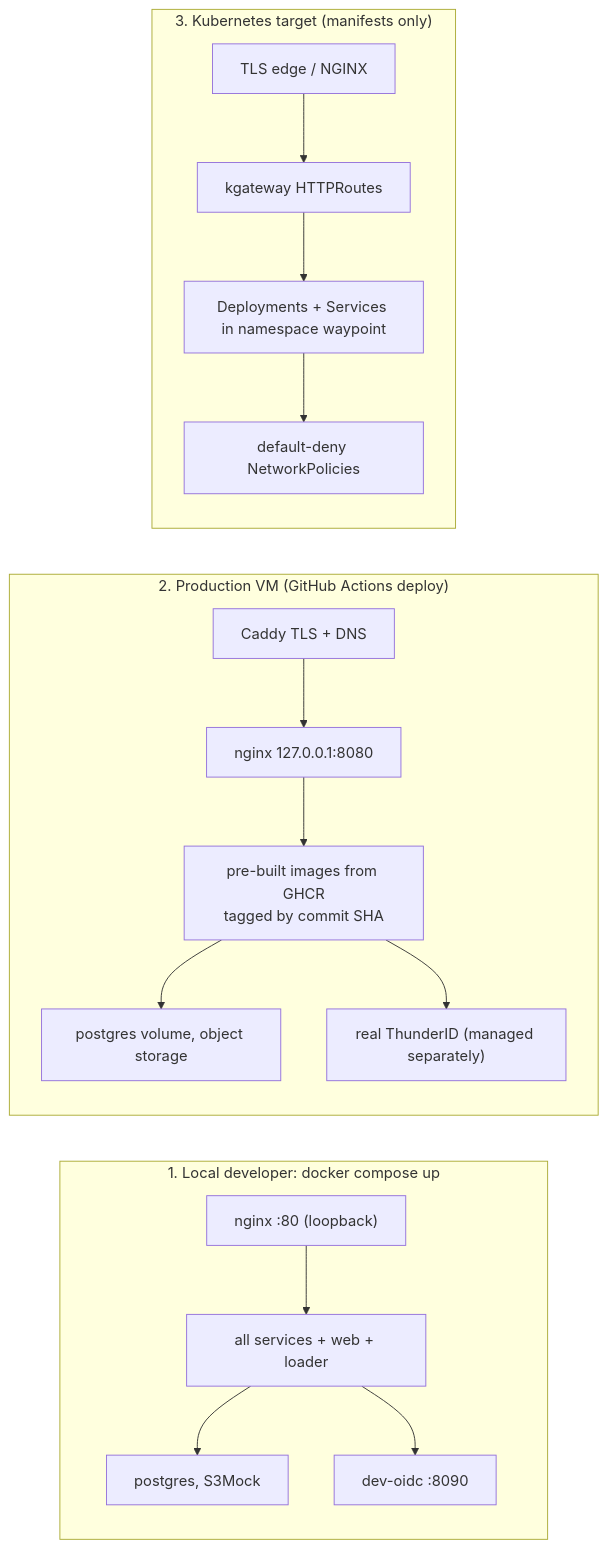
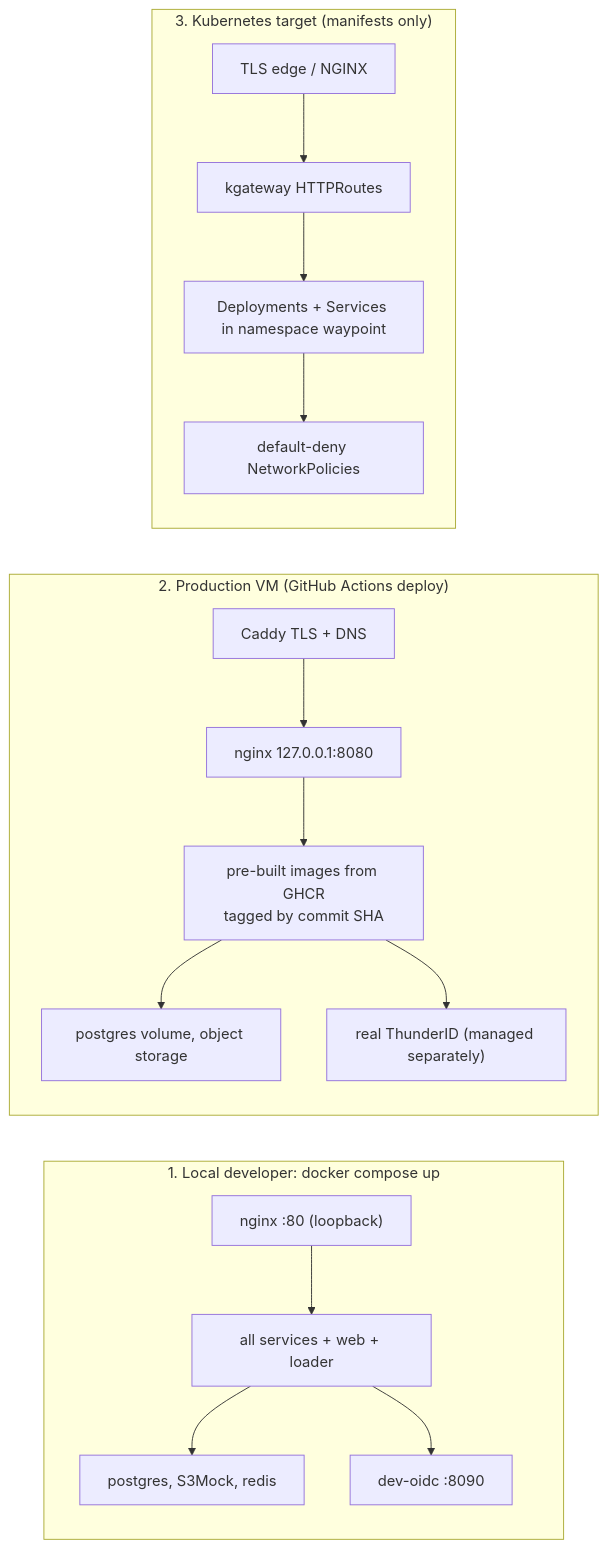
One commit to HasinduNimesh/ClapTac-tech-triathlon changed the seventh of 43 diagrams in docs/WAYPOINT_COMPLETE_DOCUMENTATION.md. Above: the diagram before and after it, drawn with Mermaid. The commit also changed other lines of this file and 25 other files, not shown here.

````diff
--- a/docs/WAYPOINT_COMPLETE_DOCUMENTATION.md
+++ b/docs/WAYPOINT_COMPLETE_DOCUMENTATION.md
@@ -389,19 +390,19 @@
 ```mermaid
 flowchart LR
     subgraph L["1. Local developer: docker compose up"]
         L1["nginx :80 (loopback)"] --> L2["all services + web + loader"]
-        L2 --> L3["postgres, S3Mock"]
+        L2 --> L3["postgres, S3Mock, redis"]
         L2 --> L4["dev-oidc :8090"]
     end
     subgraph P["2. Production VM (GitHub Actions deploy)"]
         P0["Caddy TLS + DNS"] --> P1["nginx 127.0.0.1:8080"]
         P1 --> P2["pre-built images from GHCR<br/>tagged by commit SHA"]
         P2 --> P3["postgres volume, object storage"]
         P2 --> P4["real ThunderID (managed separately)"]
     end
     subgraph K["3. Kubernetes target (manifests only)"]
         K0["TLS edge / NGINX"] --> K1["kgateway HTTPRoutes"]
         K1 --> K2["Deployments + Services in namespace waypoint"]
         K2 --> K3["default-deny NetworkPolicies"]
     end
 ```
````
